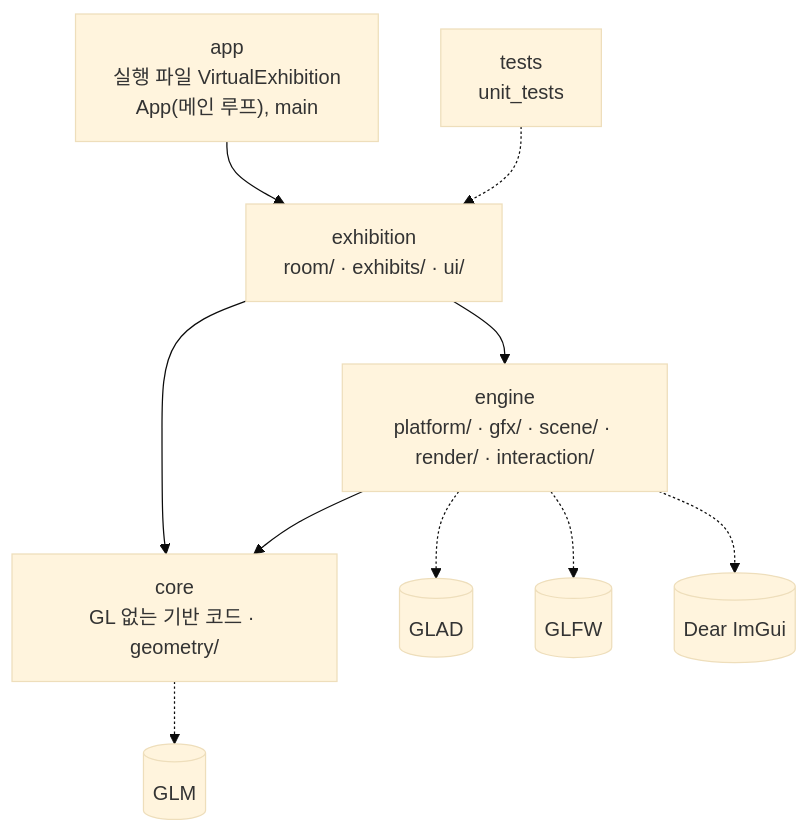
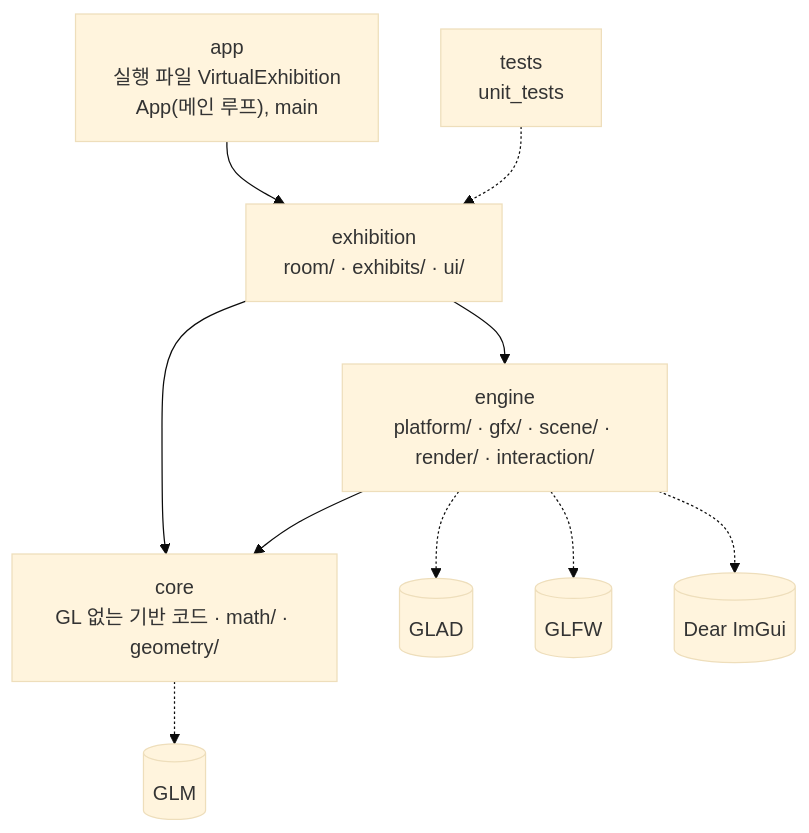
One commit to logpacket/2026-2-CG-Final changed the diagram in README.md. Above: the diagram before and after it, drawn with Mermaid (base theme). The commit also changed other lines of this file and 15 other files, not shown here.

````diff
--- a/README.md
+++ b/README.md
@@ -80,19 +80,19 @@
 ```mermaid
 graph TD
     app["app<br/>실행 파일 VirtualExhibition<br/>App(메인 루프), main"]
     exhibition["exhibition<br/>room/ · exhibits/ · ui/"]
     engine["engine<br/>platform/ · gfx/ · scene/ · render/ · interaction/"]
-    core["core<br/>GL 없는 기반 코드 · geometry/"]
+    core["core<br/>GL 없는 기반 코드 · math/ · geometry/"]
     tests["tests<br/>unit_tests"]
 
     app --> exhibition
     exhibition --> engine
     exhibition --> core
     engine --> core
     tests -.-> exhibition
 
     core -.-> glm[(GLM)]
     engine -.-> glad[(GLAD)]
     engine -.-> glfw[(GLFW)]
     engine -.-> imgui[(Dear ImGui)]
 ```
````
